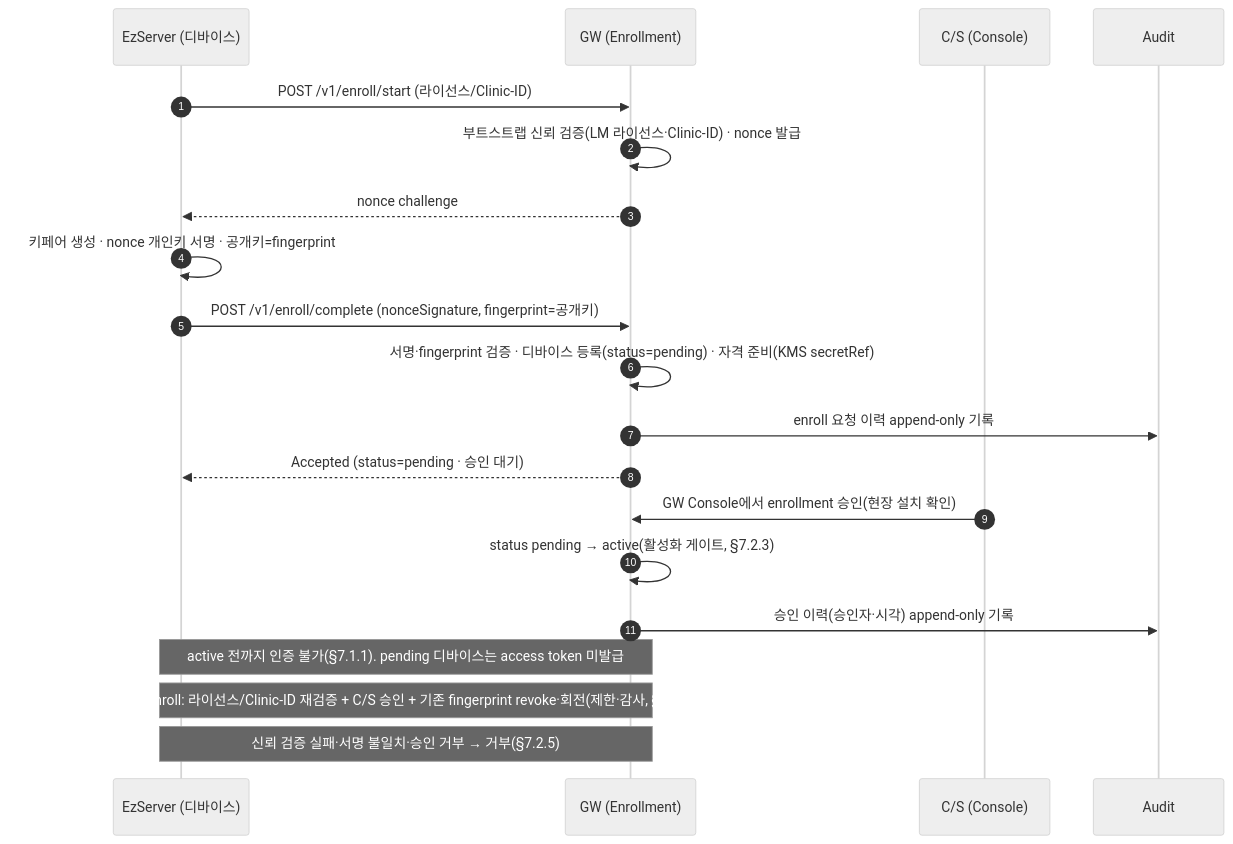
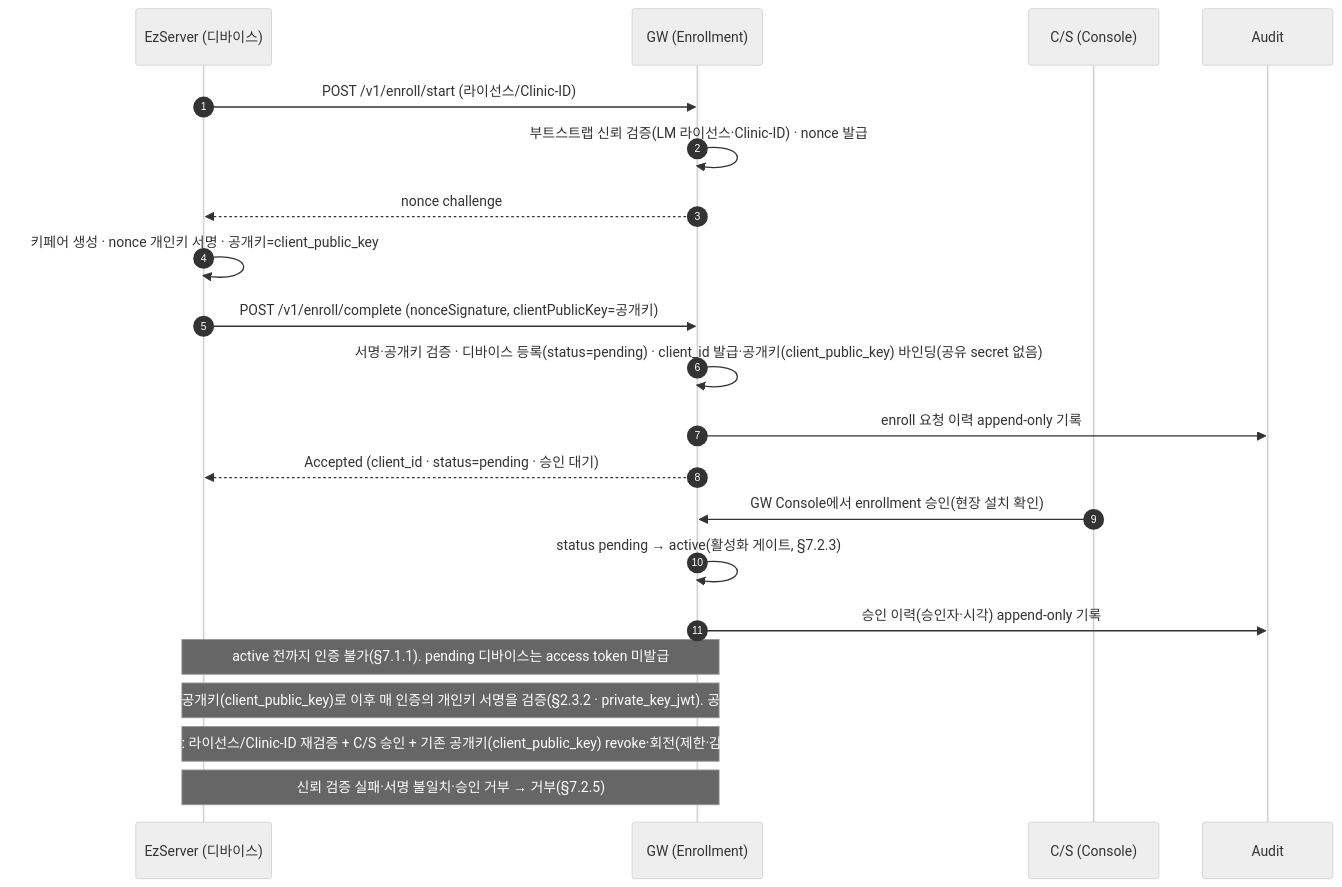
The eighth of 17 diagrams in docs/VT_API_Gateway/08.VT_API_Gateway/specs/03-srs-gateway/SRS.md (gracegyu/scp-architecture), drawn with Mermaid (neutral theme) before and after one commit. The commit also changed other lines of this file and 7 other files, not shown here.

Commit message:
문서 업데이트: VT API Gateway의 SRS 문서에서 디바이스 인증 방식을 비대칭 `private_key_jwt`로 변경하고, 관련된 DBML 및 OpenAPI 문서에서 공개키(clientPublicKey) 검증 절차를 명확히 하였습니다. 또한, enrollment 프로세스에서 fingerprint를 client_public_key로 리네이밍하고, credential 및 token 테이블을 삭제하여 데이터 모델의 일관성을 강화하였습니다.

````diff
--- a/docs/VT_API_Gateway/08.VT_API_Gateway/specs/03-srs-gateway/SRS.md
+++ b/docs/VT_API_Gateway/08.VT_API_Gateway/specs/03-srs-gateway/SRS.md
@@ -493,22 +493,23 @@
 ```mermaid
 sequenceDiagram
     autonumber
     participant D as EzServer (디바이스)
     participant GW as GW (Enrollment)
     participant CS as C/S (Console)
     participant AUD as Audit
     D->>GW: POST /v1/enroll/start (라이선스/Clinic-ID)
     GW->>GW: 부트스트랩 신뢰 검증(LM 라이선스·Clinic-ID) · nonce 발급
     GW-->>D: nonce challenge
-    D->>D: 키페어 생성 · nonce 개인키 서명 · 공개키=fingerprint
-    D->>GW: POST /v1/enroll/complete (nonceSignature, fingerprint=공개키)
-    GW->>GW: 서명·fingerprint 검증 · 디바이스 등록(status=pending) · 자격 준비(KMS secretRef)
+    D->>D: 키페어 생성 · nonce 개인키 서명 · 공개키=client_public_key
+    D->>GW: POST /v1/enroll/complete (nonceSignature, clientPublicKey=공개키)
+    GW->>GW: 서명·공개키 검증 · 디바이스 등록(status=pending) · client_id 발급·공개키(client_public_key) 바인딩(공유 secret 없음)
     GW->>AUD: enroll 요청 이력 append-only 기록
-    GW-->>D: Accepted (status=pending · 승인 대기)
+    GW-->>D: Accepted (client_id · status=pending · 승인 대기)
     CS->>GW: GW Console에서 enrollment 승인(현장 설치 확인)
     GW->>GW: status pending → active(활성화 게이트, §7.2.3)
     GW->>AUD: 승인 이력(승인자·시각) append-only 기록
     Note over D,GW: active 전까지 인증 불가(§7.1.1). pending 디바이스는 access token 미발급
-    Note over D,GW: 재설치=새 키페어 → 재-enroll: 라이선스/Clinic-ID 재검증 + C/S 승인 + 기존 fingerprint revoke·회전(제한·감사, §7.2.7). 개인키 백업 안 함
+    Note over D,GW: 여기서 등록한 공개키(client_public_key)로 이후 매 인증의 개인키 서명을 검증(§2.3.2 · private_key_jwt). 공유 secret 없음
+    Note over D,GW: 재설치=새 키페어 → 재-enroll: 라이선스/Clinic-ID 재검증 + C/S 승인 + 기존 공개키(client_public_key) revoke·회전(제한·감사, §7.2.7). 개인키 백업 안 함
     Note over D,GW: 신뢰 검증 실패·서명 불일치·승인 거부 → 거부(§7.2.5)
 ```
````
